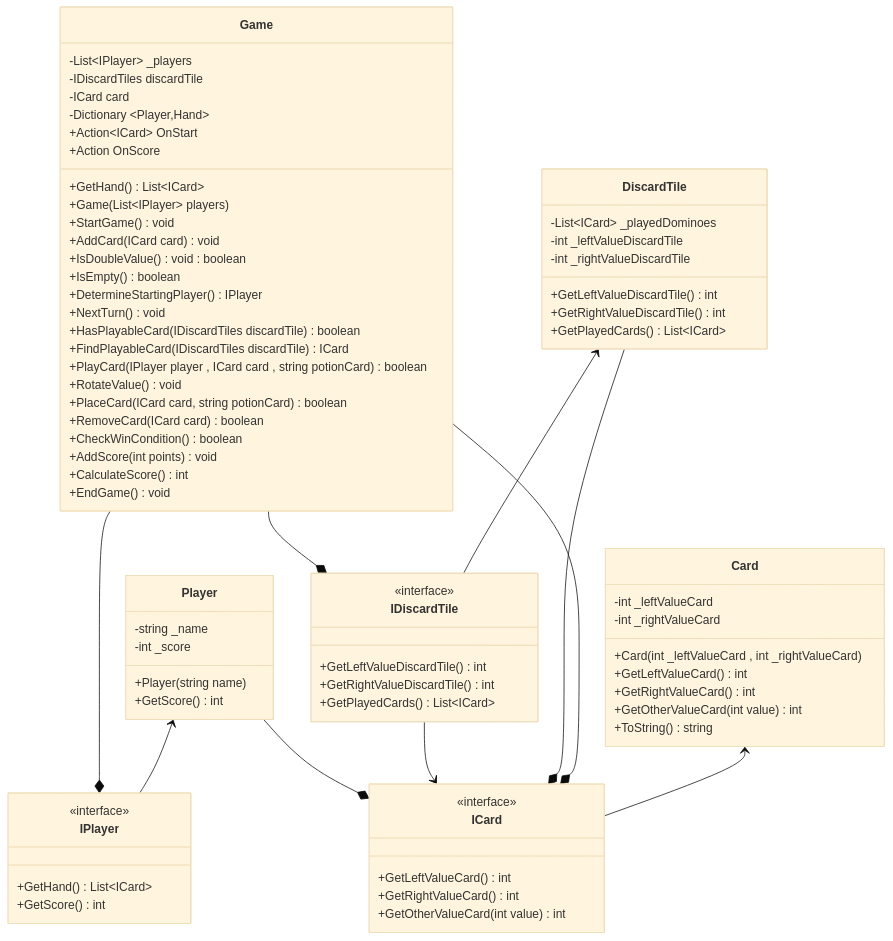
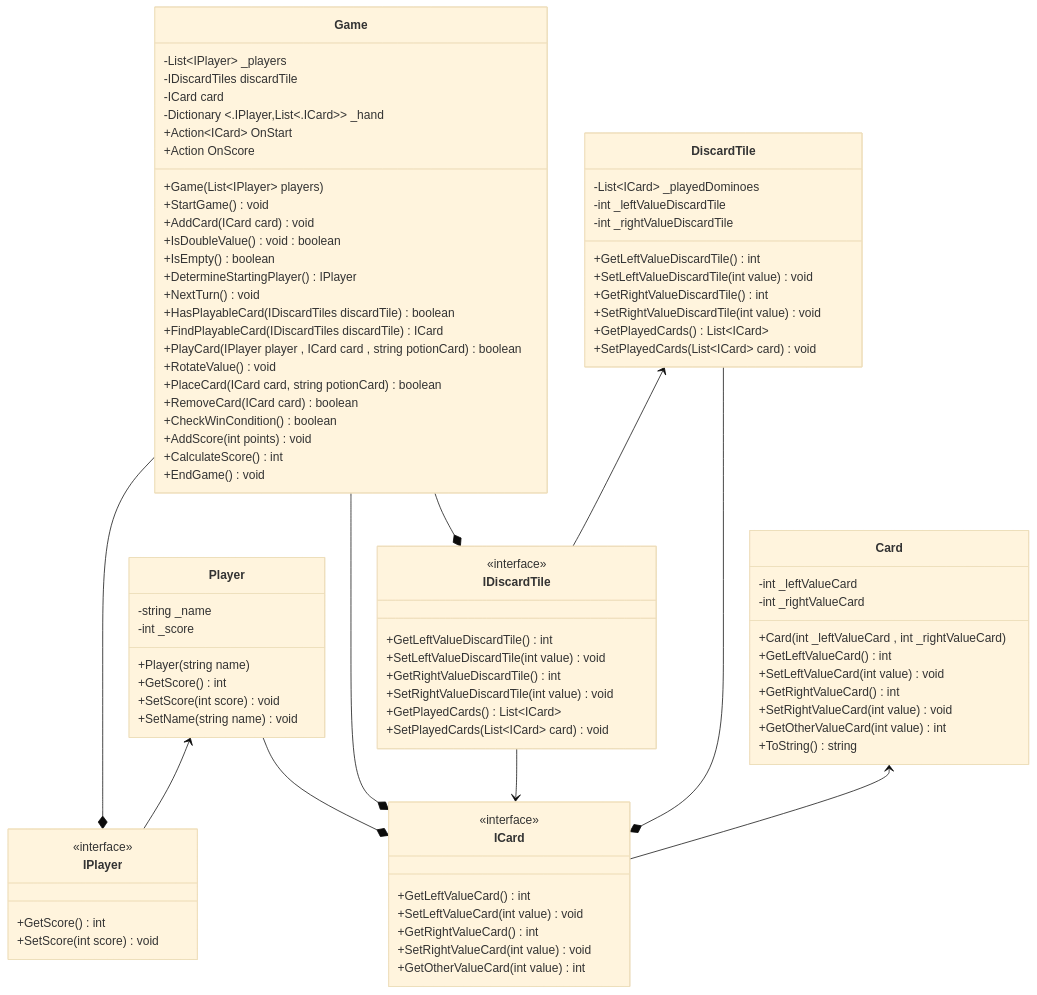
Before and after one commit to gumilang1205/bootc14: the diagram in ClassDiagram/Domino.mmd, drawn with Mermaid (base theme). The commit also changed 4 other files, not shown here.

```diff
--- a/ClassDiagram/Domino.mmd
+++ b/ClassDiagram/Domino.mmd
@@ -1,95 +1,105 @@
 classDiagram
 class Game {
     -List~IPlayer~ _players
     -IDiscardTiles discardTile 
     -ICard card
-    %% -List~ICard~ _hand
-    -Dictionary ~Player,Hand~
-    +GetHand() List~ICard~
+    -Dictionary <.IPlayer,List<.ICard>> _hand
     +Action~ICard~ OnStart
     +Action OnScore
     +Game(List~IPlayer~ players)
     +StartGame() void
     +AddCard(ICard card) void
     +IsDoubleValue() void : boolean
     +IsEmpty() boolean
     +DetermineStartingPlayer() IPlayer
     +NextTurn() void
     +HasPlayableCard(IDiscardTiles discardTile) boolean
     +FindPlayableCard(IDiscardTiles discardTile) ICard
     +PlayCard(IPlayer player , ICard card , string potionCard) boolean
     +RotateValue()  void 
     +PlaceCard(ICard card, string potionCard) boolean  
     +RemoveCard(ICard card) boolean
     +CheckWinCondition() boolean
     +AddScore(int points) void
     +CalculateScore() int
     +EndGame() void
 }
 
 class Player {
     -string _name
     -int _score
     +Player(string name)
     +GetScore() int
+    +SetScore(int score) void
+    +SetName(string name) void
 }
 
 class Card {
     -int _leftValueCard
     -int _rightValueCard
     +Card(int _leftValueCard , int _rightValueCard)
     +GetLeftValueCard() int
+    +SetLeftValueCard(int value) void
     +GetRightValueCard() int
+    +SetRightValueCard(int value) void
     +GetOtherValueCard(int value) int
     +ToString() string
 }
 
 %% class Hand {
 %%     -List~ICard~ _card
 %%     +GetCards(): List~ICard~
     
 %% }
 
 class DiscardTile {
     -List~ICard~ _playedDominoes 
     -int _leftValueDiscardTile
     -int _rightValueDiscardTile
     +GetLeftValueDiscardTile() int
+    +SetLeftValueDiscardTile(int value) void
     +GetRightValueDiscardTile() int
+    +SetRightValueDiscardTile(int value) void
     +GetPlayedCards() List~ICard~
+    +SetPlayedCards(List~ICard~ card) void
 }
 
 class IDiscardTile {
     <<interface>>
     +GetLeftValueDiscardTile() int
+    +SetLeftValueDiscardTile(int value) void
     +GetRightValueDiscardTile() int
+    +SetRightValueDiscardTile(int value) void
     +GetPlayedCards() List~ICard~
+    +SetPlayedCards(List~ICard~ card) void
 
 }
 class IPlayer {
     <<interface>>
-    +GetHand() List~ICard~
     +GetScore() int
+    +SetScore(int score) void
 }
 class ICard {
     <<interface>>
     +GetLeftValueCard() int
+    +SetLeftValueCard(int value) void
     +GetRightValueCard() int
+    +SetRightValueCard(int value) void
     +GetOtherValueCard(int value) int
 }
 %%implementasi
 DiscardTile <-- IDiscardTile
 Player <-- IPlayer
 Card <-- ICard
 %%assosiation
+DiscardTile --* ICard
+IDiscardTile --> ICard
 Game --* IPlayer
 Game --* IDiscardTile
 Game --* ICard
-DiscardTile --* ICard
-IDiscardTile --> ICard
 Player --*ICard
 %% Game "1" -- "*" IPlayer : contains
 %% Game "1" -- "1" Board : uses
 %% Player "1" -- "1" Hand : has
 %% Hand "1" -- "*" Card : contains
 %% Board "1" -- "*" Card : displays
```
